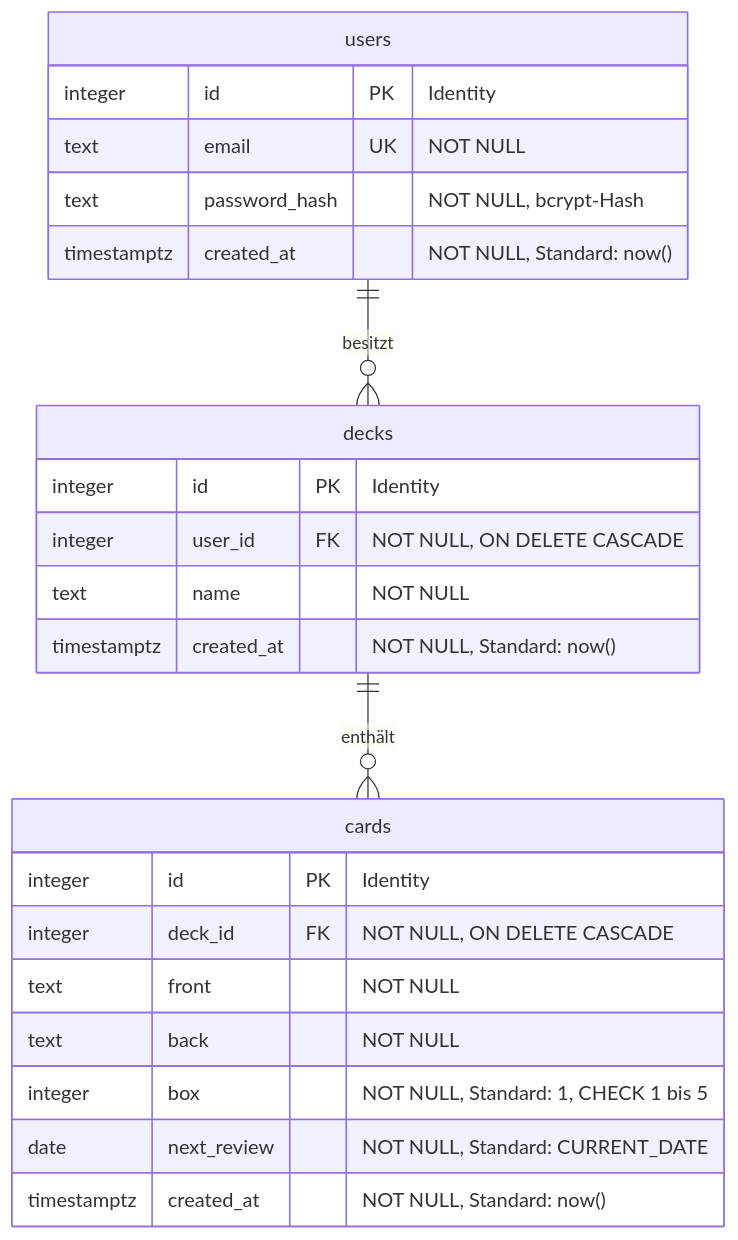
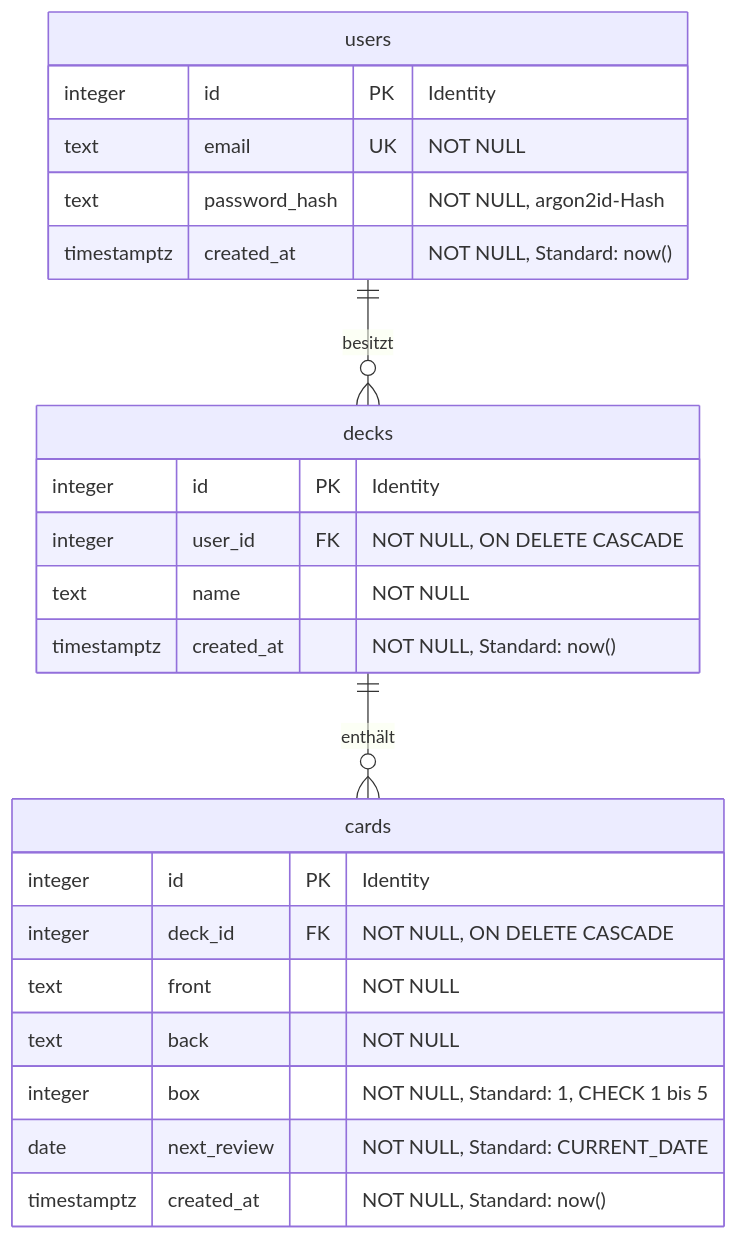
One commit to PhilipWie/flashcards-app changed the diagram in docs/Datenmodell.md. Above: the diagram before and after it, drawn with Mermaid. The commit also changed 3 other files, not shown here.

````diff
--- a/docs/Datenmodell.md
+++ b/docs/Datenmodell.md
@@ -11,29 +11,29 @@
 ```mermaid
 erDiagram
     users ||--o{ decks : "besitzt"
     decks ||--o{ cards : "enthält"
  
     users {
         integer id PK "Identity"
         text email UK "NOT NULL"
-        text password_hash "NOT NULL, bcrypt-Hash"
+        text password_hash "NOT NULL, argon2id-Hash"
         timestamptz created_at "NOT NULL, Standard: now()"
     }
  
     decks {
         integer id PK "Identity"
         integer user_id FK "NOT NULL, ON DELETE CASCADE"
         text name "NOT NULL"
         timestamptz created_at "NOT NULL, Standard: now()"
     }
  
     cards {
         integer id PK "Identity"
         integer deck_id FK "NOT NULL, ON DELETE CASCADE"
         text front "NOT NULL"
         text back "NOT NULL"
         integer box "NOT NULL, Standard: 1, CHECK 1 bis 5"
         date next_review "NOT NULL, Standard: CURRENT_DATE"
         timestamptz created_at "NOT NULL, Standard: now()"
     }
 ```
````
